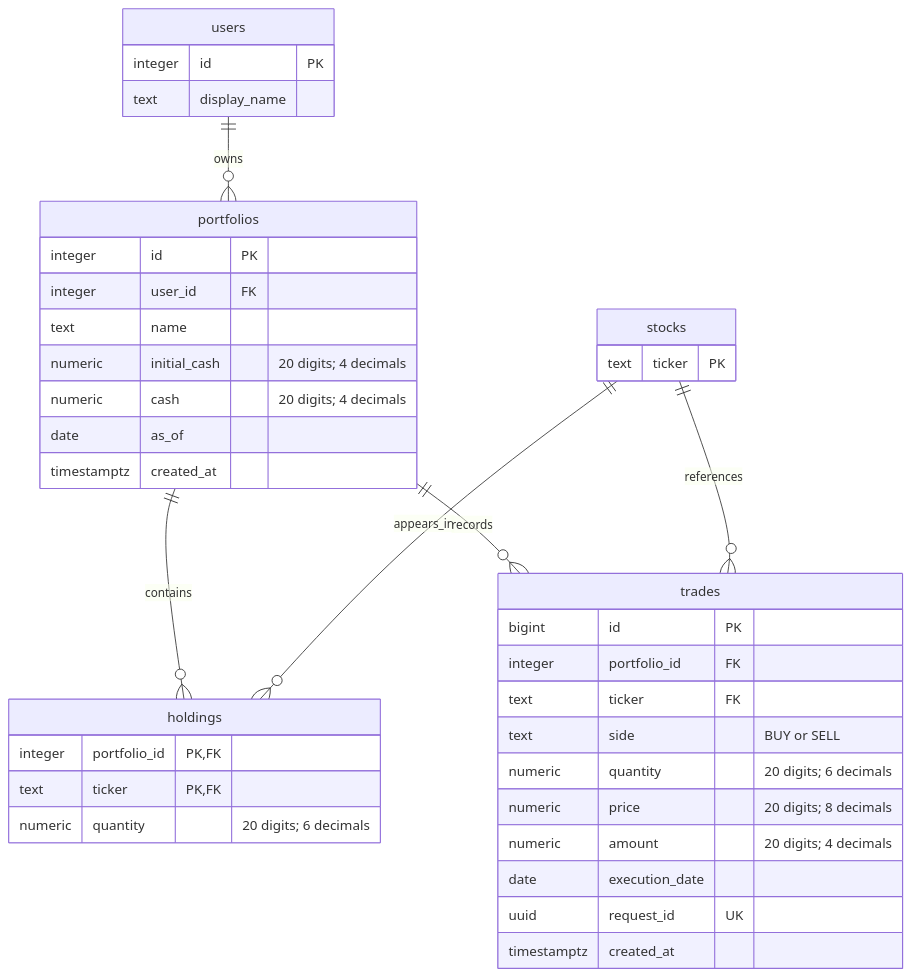
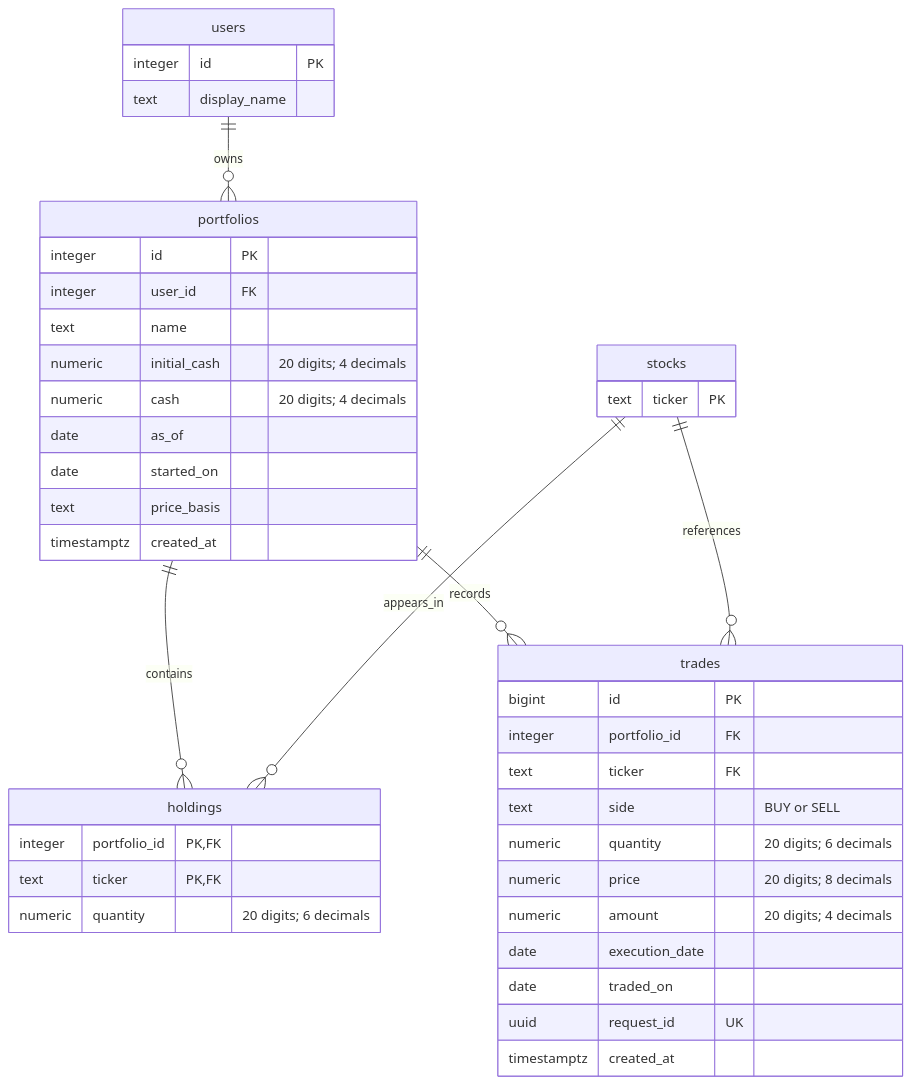
Before and after one commit to derealdme/database: the second of 2 diagrams in docs/ERD.md, drawn with Mermaid. The commit also changed other lines of this file and 15 other files, not shown here.

````diff
--- a/docs/ERD.md
+++ b/docs/ERD.md
@@ -51,41 +51,44 @@
 ```mermaid
 erDiagram
   users ||--o{ portfolios : owns
   portfolios ||--o{ holdings : contains
   stocks ||--o{ holdings : appears_in
   portfolios ||--o{ trades : records
   stocks ||--o{ trades : references
   users {
     integer id PK
     text display_name
   }
   portfolios {
     integer id PK
     integer user_id FK
     text name
     numeric initial_cash "20 digits; 4 decimals"
     numeric cash "20 digits; 4 decimals"
     date as_of
+    date started_on
+    text price_basis
     timestamptz created_at
   }
   holdings {
     integer portfolio_id PK,FK
     text ticker PK,FK
     numeric quantity "20 digits; 6 decimals"
   }
   trades {
     bigint id PK
     integer portfolio_id FK
     text ticker FK
     text side "BUY or SELL"
     numeric quantity "20 digits; 6 decimals"
     numeric price "20 digits; 8 decimals"
     numeric amount "20 digits; 4 decimals"
     date execution_date
+    date traded_on
     uuid request_id UK
     timestamptz created_at
   }
   stocks {
     text ticker PK
   }
 ```
````
